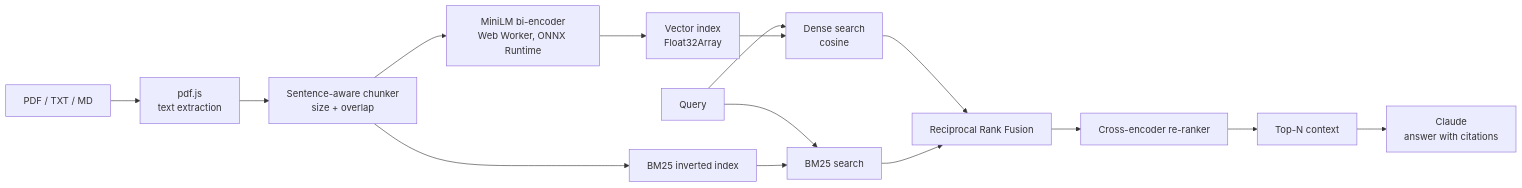
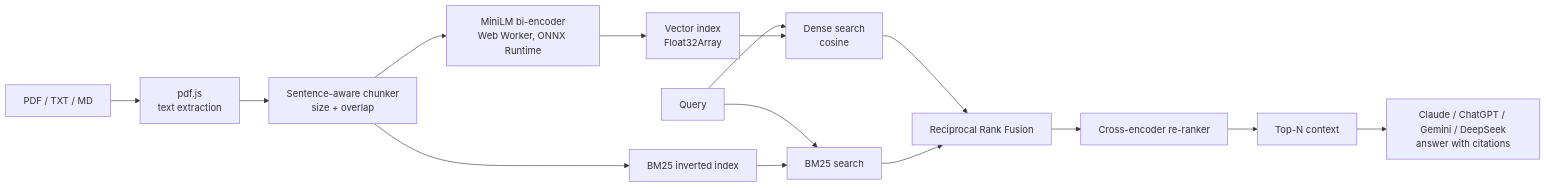
Before and after one commit to rawat2511/rag: the diagram in README.md, drawn with Mermaid. The commit also changed other lines of this file and 3 other files, not shown here.

````diff
--- a/README.md
+++ b/README.md
@@ -29,17 +29,17 @@
 ```mermaid
 flowchart LR
   A[PDF / TXT / MD] --> B[pdf.js<br/>text extraction]
   B --> C[Sentence-aware chunker<br/>size + overlap]
   C --> D[BM25 inverted index]
   C --> E[MiniLM bi-encoder<br/>Web Worker, ONNX Runtime]
   E --> F[Vector index<br/>Float32Array]
   Q[Query] --> G[Dense search<br/>cosine]
   Q --> H[BM25 search]
   F --> G
   D --> H
   G --> I[Reciprocal Rank Fusion]
   H --> I
   I --> J[Cross-encoder re-ranker]
   J --> K[Top-N context]
-  K --> L[Claude<br/>answer with citations]
+  K --> L[Claude / ChatGPT / Gemini / DeepSeek<br/>answer with citations]
 ```
````
